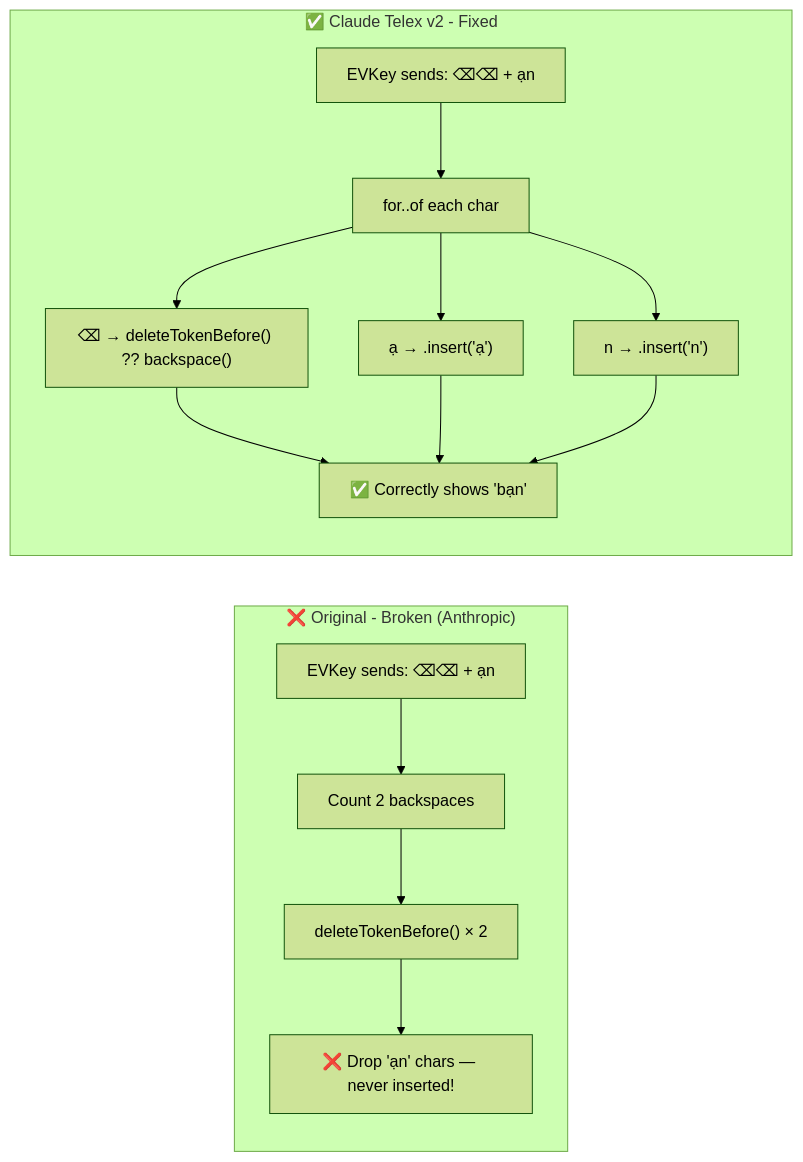
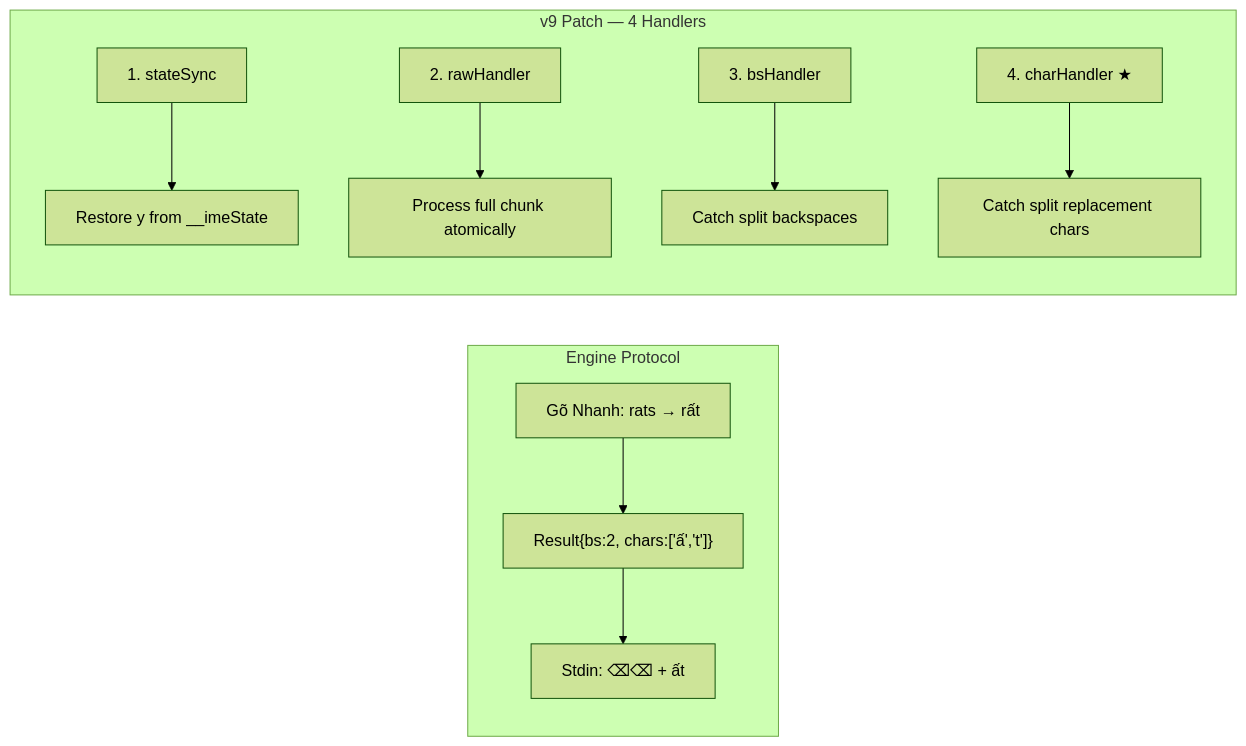
Before and after one commit to nguyenhx2/Claude-Telex: the fourth of 6 diagrams in README.md, drawn with Mermaid (forest theme). The commit also changed other lines of this file and 2 other files, not shown here.

First line of the commit message:
feat(patcher): v9 engine-aware IME patch with charHandler

````diff
--- a/README.md
+++ b/README.md
@@ -261,15 +255,13 @@
 ```mermaid
 flowchart LR
-    subgraph "❌ Original - Broken (Anthropic)"
-        A["EVKey sends: ⌫⌫ + ạn"] --> B["Count 2 backspaces"]
-        B --> C["deleteTokenBefore() × 2"]
-        C --> D["❌ Drop 'ạn' chars — never inserted!"]
+    subgraph "Engine Protocol"
+        A["Gõ Nhanh: rats → rất"] --> B["Result{bs:2, chars:['ấ','t']}"]
+        B --> C["Stdin: ⌫⌫ + ất"]
     end
-    subgraph "✅ Claude Telex v2 - Fixed"
-        E["EVKey sends: ⌫⌫ + ạn"] --> F["for..of each char"]
-        F --> G["⌫ → deleteTokenBefore() ?? backspace()"]
-        F --> H["ạ → .insert('ạ')"]
-        F --> I["n → .insert('n')"]
-        G & H & I --> J["✅ Correctly shows 'bạn'"]
+    subgraph "v9 Patch — 4 Handlers"
+        D["1. stateSync"] --> E["Restore y from __imeState"]
+        F["2. rawHandler"] --> G["Process full chunk atomically"]
+        H["3. bsHandler"] --> I["Catch split backspaces"]
+        J["4. charHandler ★"] --> K["Catch split replacement chars"]
     end
 ```
````
